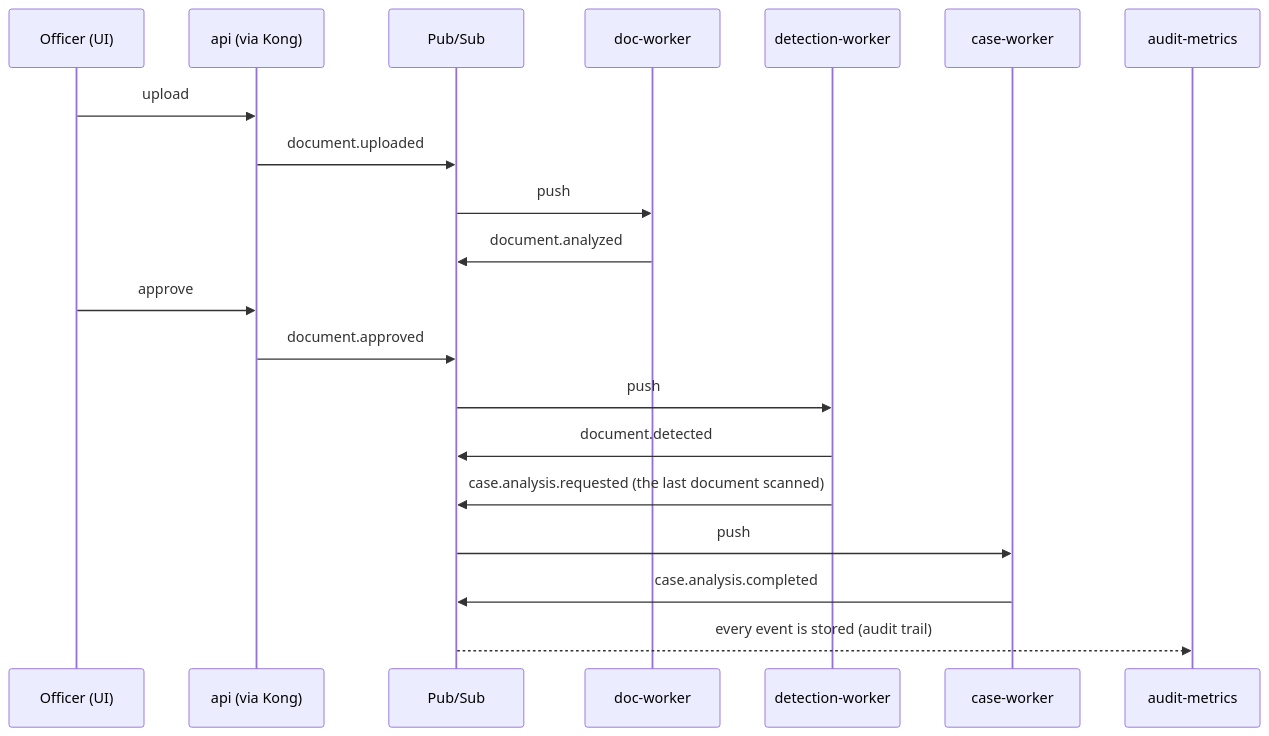
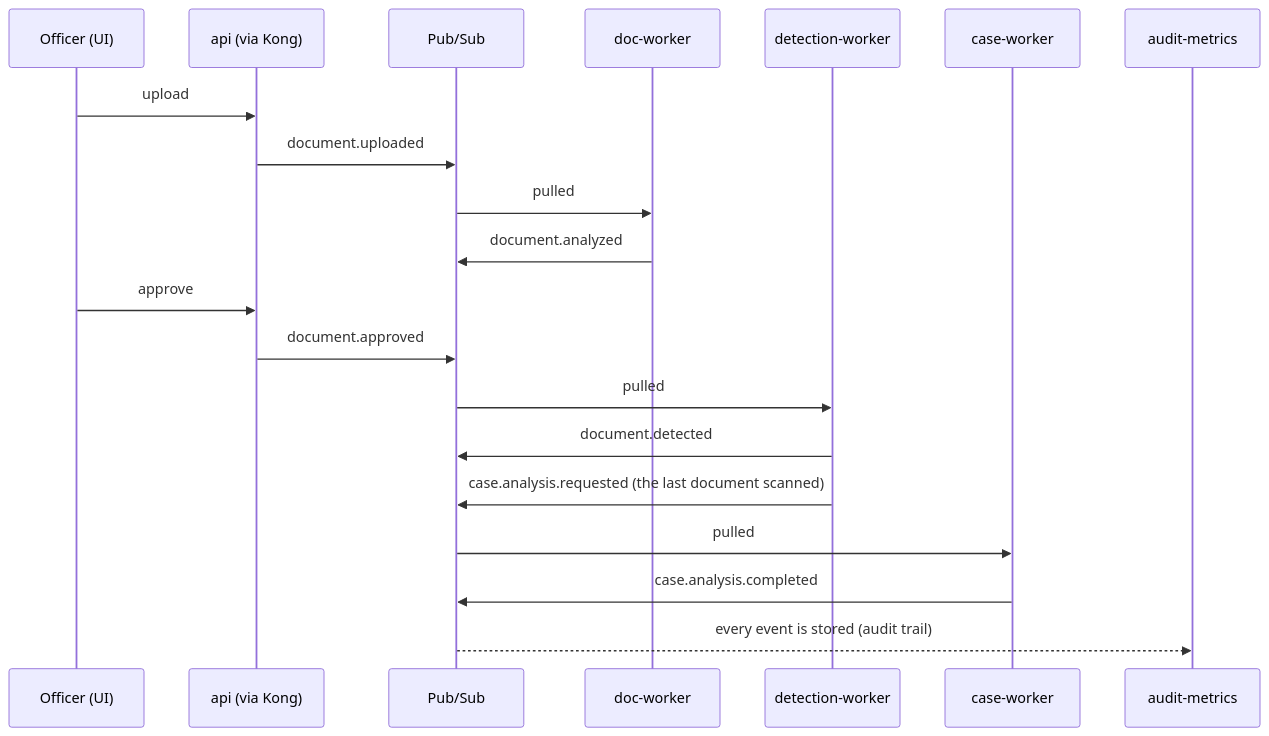
Before and after one commit to smu-fyp-six-sevens/six-sevens: the diagram in docs/architecture/PRESENTATION_GUIDE.md, drawn with Mermaid. The commit also changed other lines of this file and 44 other files, not shown here.

Commit message:
bug fixes - sample cases on dashboard, browser tab svg, diagrams update, agents show v1 and tools, backwards compatibility fixes as well

````diff
--- a/docs/architecture/PRESENTATION_GUIDE.md
+++ b/docs/architecture/PRESENTATION_GUIDE.md
@@ -53,22 +54,22 @@
 ```mermaid
 sequenceDiagram
     participant O as Officer (UI)
     participant A as api (via Kong)
     participant P as Pub/Sub
     participant D as doc-worker
     participant T as detection-worker
     participant C as case-worker
     participant M as audit-metrics
     O->>A: upload
     A->>P: document.uploaded
-    P->>D: push
+    P->>D: pulled
     D->>P: document.analyzed
     O->>A: approve
     A->>P: document.approved
-    P->>T: push
+    P->>T: pulled
     T->>P: document.detected
     T->>P: case.analysis.requested (the last document scanned)
-    P->>C: push
+    P->>C: pulled
     C->>P: case.analysis.completed
     P-->>M: every event is stored (audit trail)
 ```
````
